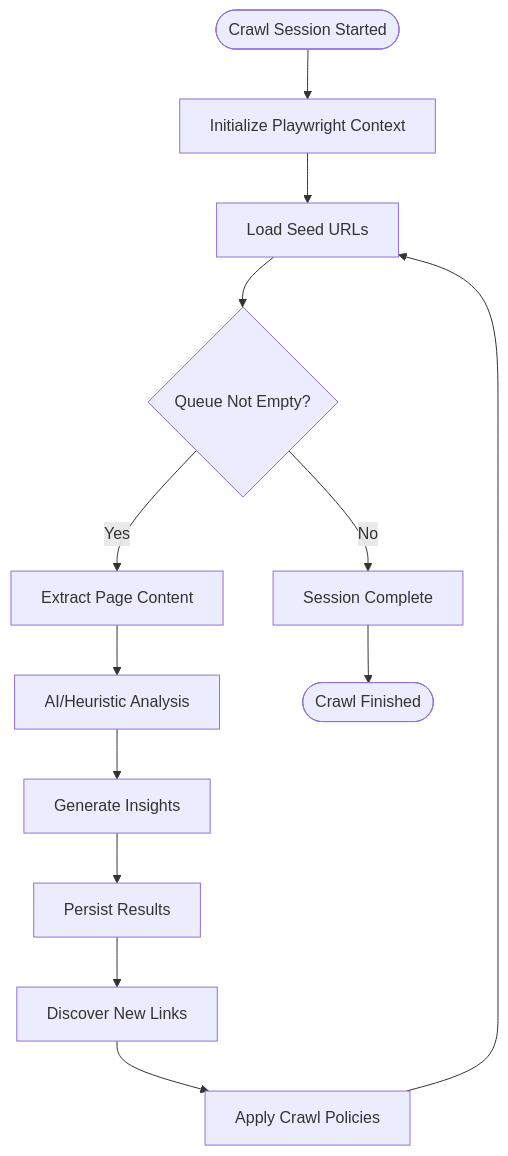
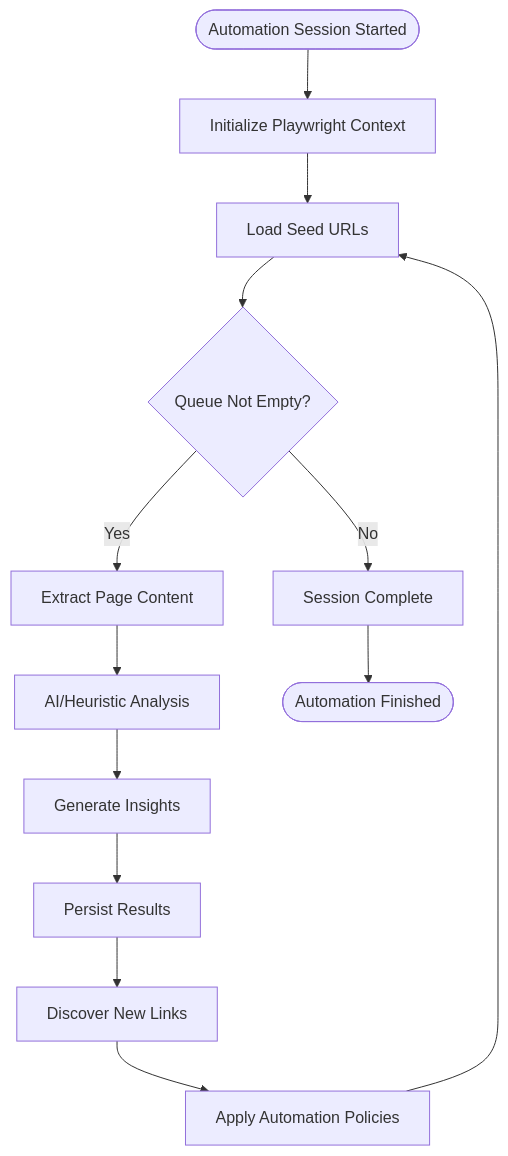
One commit to arhamymr/hexbuffer changed the fourth of 4 diagrams in .qoder/repowiki/en/content/Browser Automation.md. Above: the diagram before and after it, drawn with Mermaid. The commit also changed other lines of this file and 49 other files, not shown here.

````diff
--- a/.qoder/repowiki/en/content/Browser Automation.md
+++ b/.qoder/repowiki/en/content/Browser Automation.md
@@ -218,15 +218,15 @@
 ```mermaid
 flowchart TD
-Start([Crawl Session Started]) --> Init[Initialize Playwright Context]
+Start([Automation Session Started]) --> Init[Initialize Playwright Context]
 Init --> Queue[Load Seed URLs]
 Queue --> Loop{Queue Not Empty?}
 Loop --> |Yes| Extract[Extract Page Content]
 Extract --> Analyze[AI/Heuristic Analysis]
 Analyze --> Insights[Generate Insights]
 Insights --> Persist[Persist Results]
 Persist --> Discover[Discover New Links]
-Discover --> Filter[Apply Crawl Policies]
+Discover --> Filter[Apply Automation Policies]
 Filter --> Queue
 Loop --> |No| Finish[Session Complete]
-Finish --> End([Crawl Finished])
+Finish --> End([Automation Finished])
 ```
````
